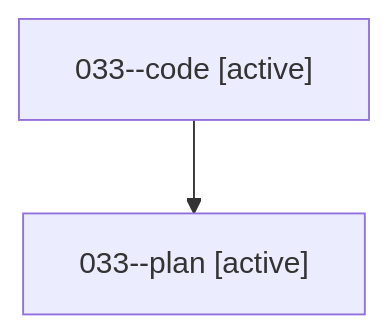
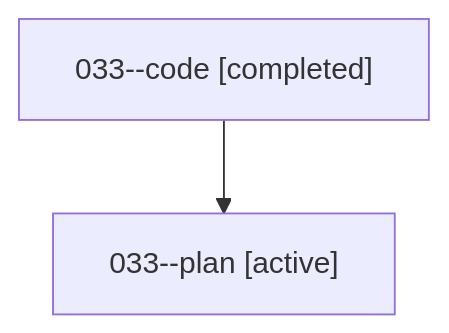
One commit to sase-org/sase--agents changed the diagram in families/bbugyi200.athena.033.md. Above: the diagram before and after it, drawn with Mermaid. The commit also changed other lines of this file and 35830 other files, not shown here.

````diff
--- a/families/bbugyi200.athena.033.md
+++ b/families/bbugyi200.athena.033.md
@@ -9,6 +9,6 @@
 ```mermaid
 flowchart TD
-  n0["033--code [active]"]
+  n0["033--code [completed]"]
   n1["033--plan [active]"]
   n0 --> n1
 ```
````
